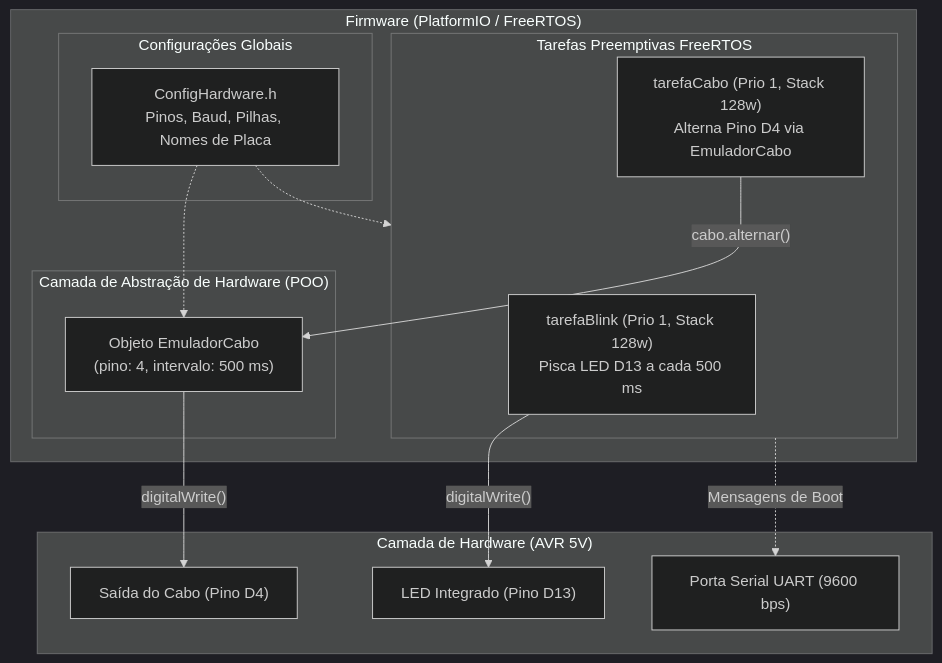
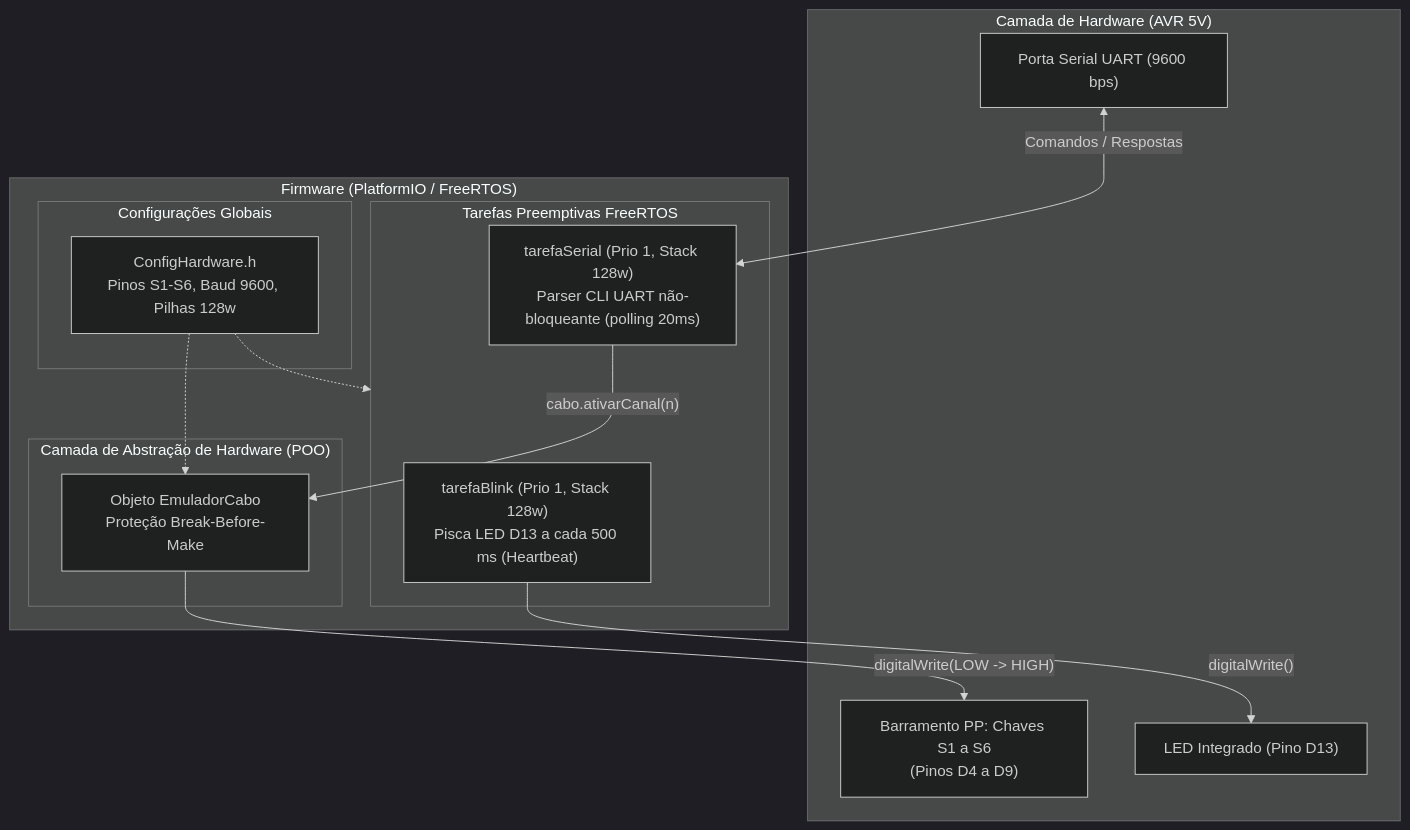
One commit to luanjjbr/sistema-embarcado changed the diagram in Bancada/CONTEXTO.md. Above: the diagram before and after it, drawn with Mermaid (dark theme). The commit also changed other lines of this file, not shown here.

Commit message:
docs(Bancada): consolida guia mestre de arquitetura, CLI e metodologia permanente no CONTEXTO.md

````diff
--- a/Bancada/CONTEXTO.md
+++ b/Bancada/CONTEXTO.md
@@ -27,30 +36,30 @@
 ```mermaid
 flowchart TD
     subgraph Hardware["Camada de Hardware (AVR 5V)"]
         LED["LED Integrado (Pino D13)"]
-        CABO_OUT["Saída do Cabo (Pino D4)"]
+        MOSFETS["Barramento PP: Chaves S1 a S6<br>(Pinos D4 a D9)"]
         UART["Porta Serial UART (9600 bps)"]
     end
 
     subgraph Firmware["Firmware (PlatformIO / FreeRTOS)"]
         subgraph Tasks["Tarefas Preemptivas FreeRTOS"]
-            TBlink["tarefaBlink (Prio 1, Stack 128w)<br>Pisca LED D13 a cada 500 ms"]
-            TCabo["tarefaCabo (Prio 1, Stack 128w)<br>Alterna Pino D4 via EmuladorCabo"]
+            TBlink["tarefaBlink (Prio 1, Stack 128w)<br>Pisca LED D13 a cada 500 ms (Heartbeat)"]
+            TSerial["tarefaSerial (Prio 1, Stack 128w)<br>Parser CLI UART não-bloqueante (polling 20ms)"]
         end
 
         subgraph Classes["Camada de Abstração de Hardware (POO)"]
-            ObjCabo["Objeto EmuladorCabo<br>(pino: 4, intervalo: 500 ms)"]
+            ObjCabo["Objeto EmuladorCabo<br>Proteção Break-Before-Make"]
         end
 
         subgraph Config["Configurações Globais"]
-            ConfHW["ConfigHardware.h<br>Pinos, Baud, Pilhas, Nomes de Placa"]
+            ConfHW["ConfigHardware.h<br>Pinos S1-S6, Baud 9600, Pilhas 128w"]
         end
     end
 
     ConfHW -.-> Tasks
     ConfHW -.-> ObjCabo
     TBlink -->|"digitalWrite()"| LED
-    TCabo -->|"cabo.alternar()"| ObjCabo
-    ObjCabo -->|"digitalWrite()"| CABO_OUT
-    Tasks -.->|"Mensagens de Boot"| UART
+    UART <-->|"Comandos / Respostas"| TSerial
+    TSerial -->|"cabo.ativarCanal(n)"| ObjCabo
+    ObjCabo -->|"digitalWrite(LOW -> HIGH)"| MOSFETS
 ```
````
